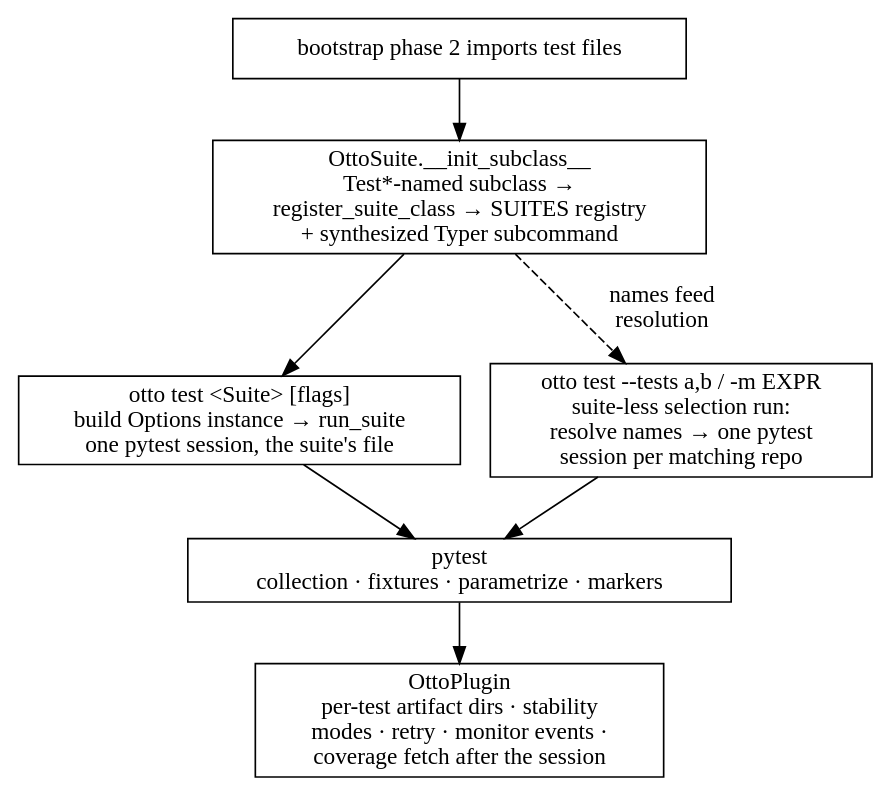
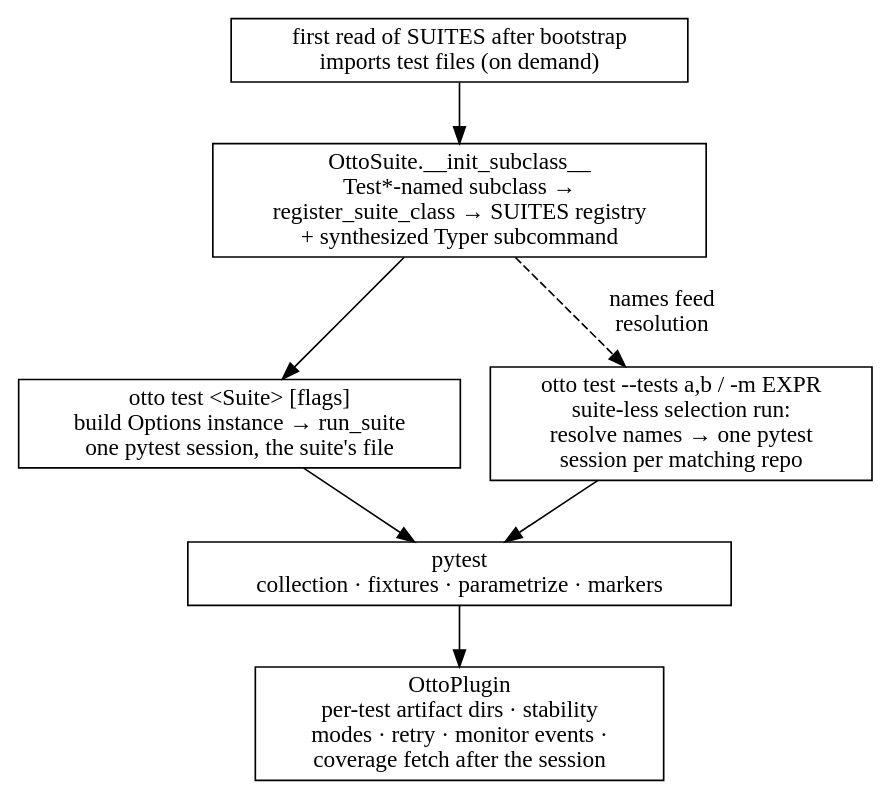
One commit to ludachrish3/otto-sh changed the diagram in docs/architecture/subsystems/execution.md. Above: the diagram before and after it, drawn with Graphviz. The commit also changed other lines of this file and 172 other files, not shown here.

````diff
--- a/docs/architecture/subsystems/execution.md
+++ b/docs/architecture/subsystems/execution.md
@@ -11,20 +11,20 @@
 ```{graphviz}
 digraph testpipeline {
     rankdir=TB;
     node [shape=box];
 
-    import [label="bootstrap phase 2 imports test files"];
+    import [label="first read of SUITES after bootstrap\nimports test files (on demand)"];
     reg [label="OttoSuite.__init_subclass__\nTest*-named subclass →\nregister_suite_class → SUITES registry\n+ synthesized Typer subcommand"];
     suite [label="otto test <Suite> [flags]\nbuild Options instance → run_suite\none pytest session, the suite's file"];
     select [label="otto test --tests a,b / -m EXPR\nsuite-less selection run:\nresolve names → one pytest\nsession per matching repo"];
     pytest_ [label="pytest\ncollection · fixtures · parametrize · markers"];
     plugin [label="OttoPlugin\nper-test artifact dirs · stability\nmodes · retry · monitor events ·\ncoverage fetch after the session"];
 
     import -> reg;
     reg -> suite;
     reg -> select [style=dashed, label=" names feed\nresolution"];
     suite -> pytest_;
     select -> pytest_;
     pytest_ -> plugin;
 }
 ```
````
